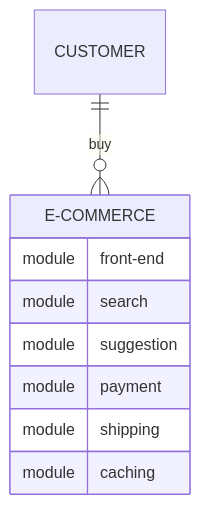
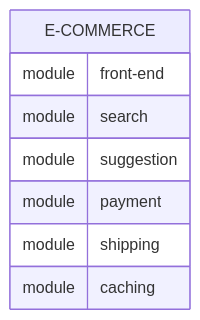
The first of 2 diagrams in docs/concepts.md (beezy-cloud/project-pancake), drawn with Mermaid before and after one commit.

````diff
--- a/docs/concepts.md
+++ b/docs/concepts.md
@@ -45,12 +45,11 @@
 ```mermaid
     erDiagram
-    CUSTOMER ||--o{ E-COMMERCE : buy
     E-COMMERCE {
       module front-end
       module search
       module suggestion
       module payment
       module shipping
       module caching
     }
 ```
````
